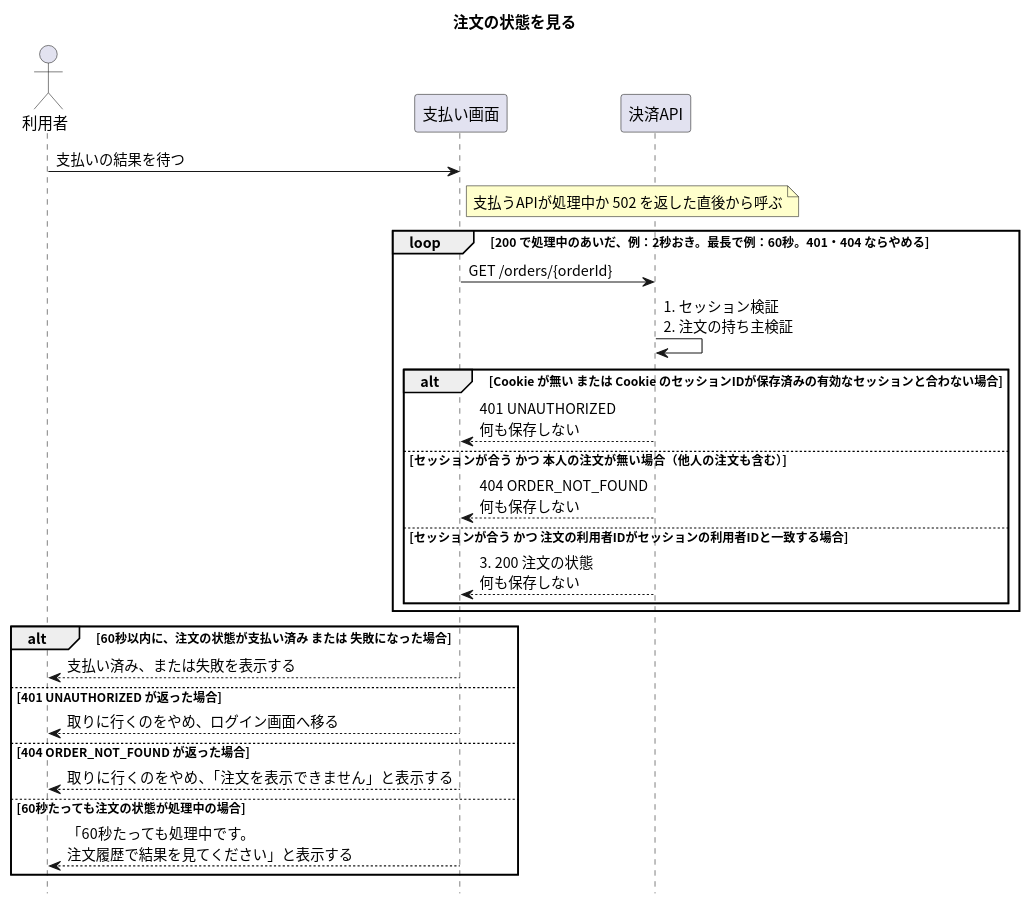
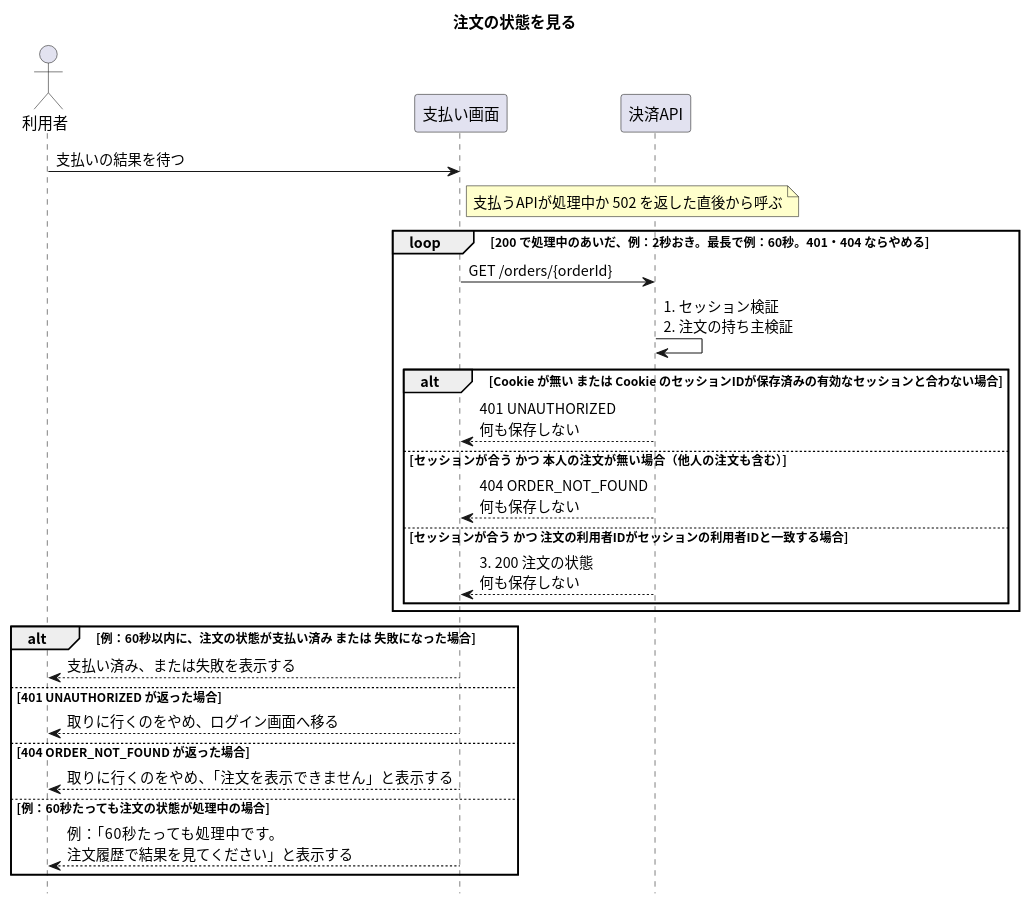
One commit to masamasamasato/design-doc-template changed the diagram in apis/get-order/入口.puml. Above: the diagram before and after it, drawn with PlantUML. The commit also changed 17 other files, not shown here.

```diff
--- a/apis/get-order/入口.puml
+++ b/apis/get-order/入口.puml
@@ -1,36 +1,36 @@
 @startuml
 skinparam shadowing false
 skinparam defaultFontName "Noto Sans CJK JP"
 skinparam SequenceFontName "Noto Sans CJK JP"
 skinparam NoteBackgroundColor #FFFFCC
 hide footbox
 
 title 注文の状態を見る
 
 actor "利用者" as User
 participant "支払い画面" as Screen
 participant "決済API" as API
 
 User -> Screen : 支払いの結果を待つ
 note right of Screen : 支払うAPIが処理中か 502 を返した直後から呼ぶ
 loop 200 で処理中のあいだ、例：2秒おき。最長で例：60秒。401・404 ならやめる
   Screen -> API : GET /orders/{orderId}
   API -> API : 1. セッション検証\n2. 注文の持ち主検証
   alt Cookie が無い または Cookie のセッションIDが保存済みの有効なセッションと合わない場合
     API --> Screen : 401 UNAUTHORIZED\n何も保存しない
   else セッションが合う かつ 本人の注文が無い場合（他人の注文も含む）
     API --> Screen : 404 ORDER_NOT_FOUND\n何も保存しない
   else セッションが合う かつ 注文の利用者IDがセッションの利用者IDと一致する場合
     API --> Screen : 3. 200 注文の状態\n何も保存しない
   end
 end
-alt 60秒以内に、注文の状態が支払い済み または 失敗になった場合
+alt 例：60秒以内に、注文の状態が支払い済み または 失敗になった場合
   Screen --> User : 支払い済み、または失敗を表示する
 else 401 UNAUTHORIZED が返った場合
   Screen --> User : 取りに行くのをやめ、ログイン画面へ移る
 else 404 ORDER_NOT_FOUND が返った場合
   Screen --> User : 取りに行くのをやめ、「注文を表示できません」と表示する
-else 60秒たっても注文の状態が処理中の場合
-  Screen --> User : 「60秒たっても処理中です。\n注文履歴で結果を見てください」と表示する
+else 例：60秒たっても注文の状態が処理中の場合
+  Screen --> User : 例：「60秒たっても処理中です。\n注文履歴で結果を見てください」と表示する
 end
 @enduml
```
